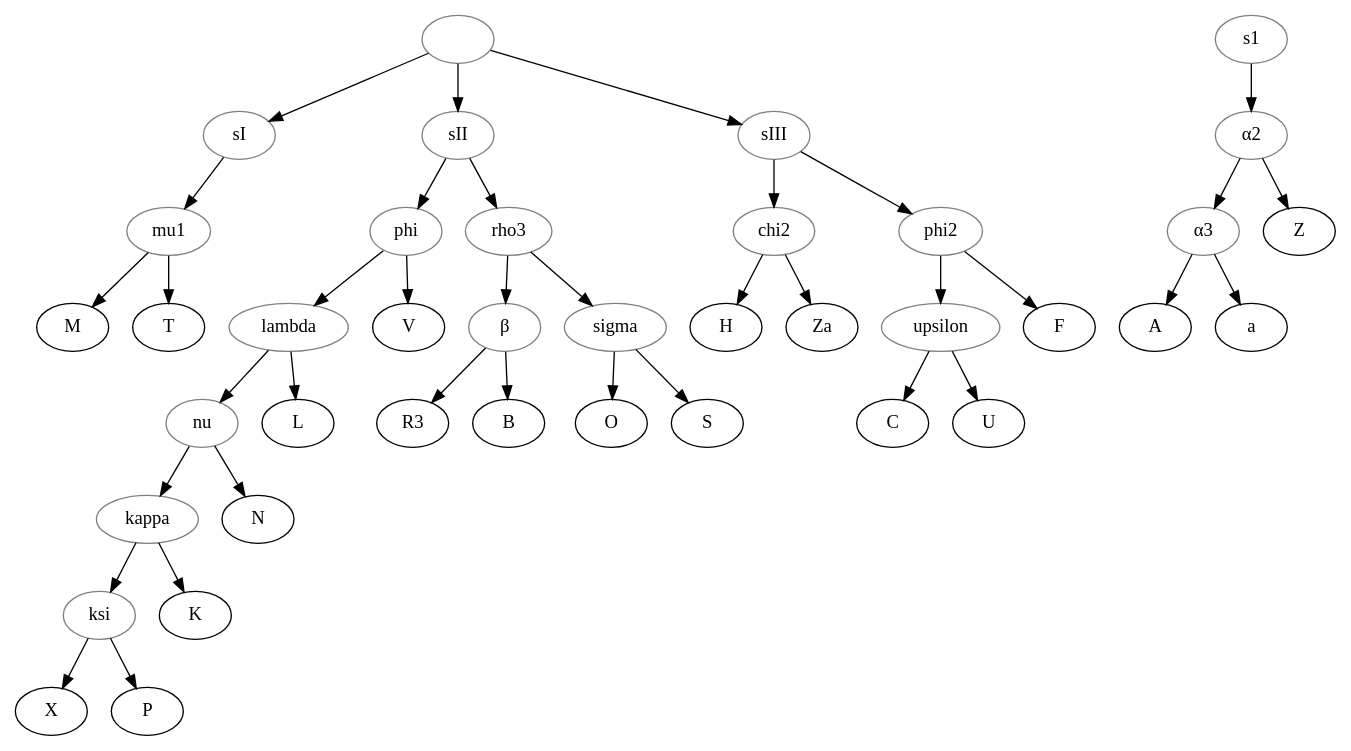
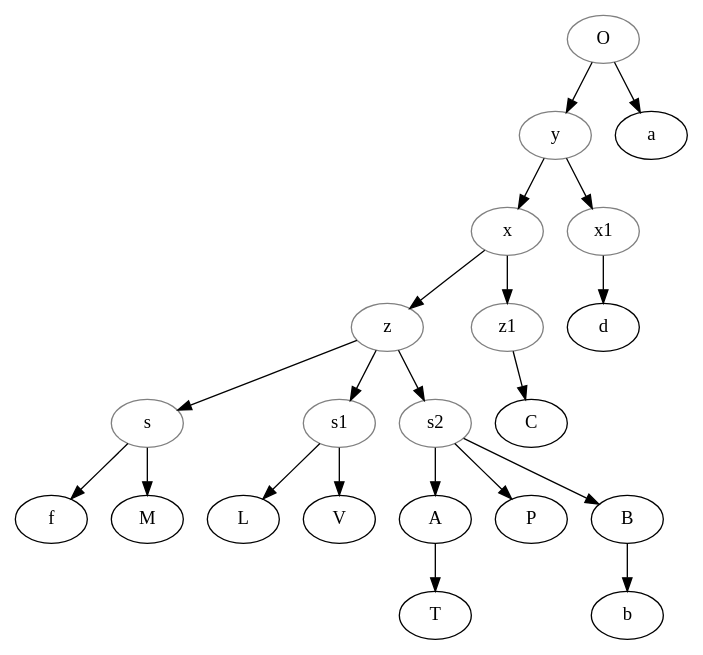
Before and after one commit to OpenStemmata/database: the diagram in data/fro/Rolin_1897_Aliscans1-Guillaume/stemma.gv, drawn with Graphviz. The commit also changed 6 other files, not shown here.

```diff
--- a/data/fro/Rolin_1897_Aliscans1-Guillaume/stemma.gv
+++ b/data/fro/Rolin_1897_Aliscans1-Guillaume/stemma.gv
@@ -1,58 +1,31 @@
 digraph {
-1[label="", color="grey"];
-alpha2[label="α2"color="grey"];
-alpha3[label="α3"color="grey"];
-beta[label="β", color="grey"];
-chi2[color="grey"];
-kappa[color="grey"];
-ksi[color="grey"];
-lambda[color="grey"];
-mu1[color="grey"];
-nu[color="grey"];
-phi[color="grey"];
-phi2[color="grey"];
-rho3[color="grey"];
+O[color="grey"];
+s[color="grey"];
 s1[color="grey"];
-sI[color="grey"];
-sigma[color="grey"];
-sII[color="grey"];
-sIII[color="grey"];
-upsilon[color="grey"];
-1->sI;
-sI->mu1;
-mu1->M;
-mu1->T;
-s1->alpha2;
-alpha2->Z;
-alpha2->alpha3;
-alpha3->A;
-alpha3->a;
-1->sII;
-sII->rho3;
-rho3->sigma;
-sigma->O;
-sigma->S;
-rho3->beta;
-beta->R3;
-beta->B;
-sII->phi;
-phi->V;
-phi->lambda;
-lambda->L;
-lambda->nu;
-nu->N;
-nu->kappa;
-kappa->K;
-kappa->ksi;
-ksi->X;
-ksi->P;
-1->sIII;
-sIII->chi2;
-chi2->H;
-chi2->Za;
-sIII->phi2;
-phi2->F;
-phi2->upsilon;
-upsilon->C;
-upsilon->U;
+s2[color="grey"];
+x[color="grey"];
+x1[color="grey"]
+y[color="grey"];
+z[color="grey"];
+z1[color="grey"];
+O->a;
+O->y;
+y->x;
+x->z;
+z->s;
+s->f;
+s->M;
+z->s1;
+s1->L;
+s1->V;
+z->s2;
+s2->A;
+A->T;
+s2->P;
+s2->B;
+B->b;
+x->z1;
+z1->C;
+y->x1
+x1->d;
 }
```
